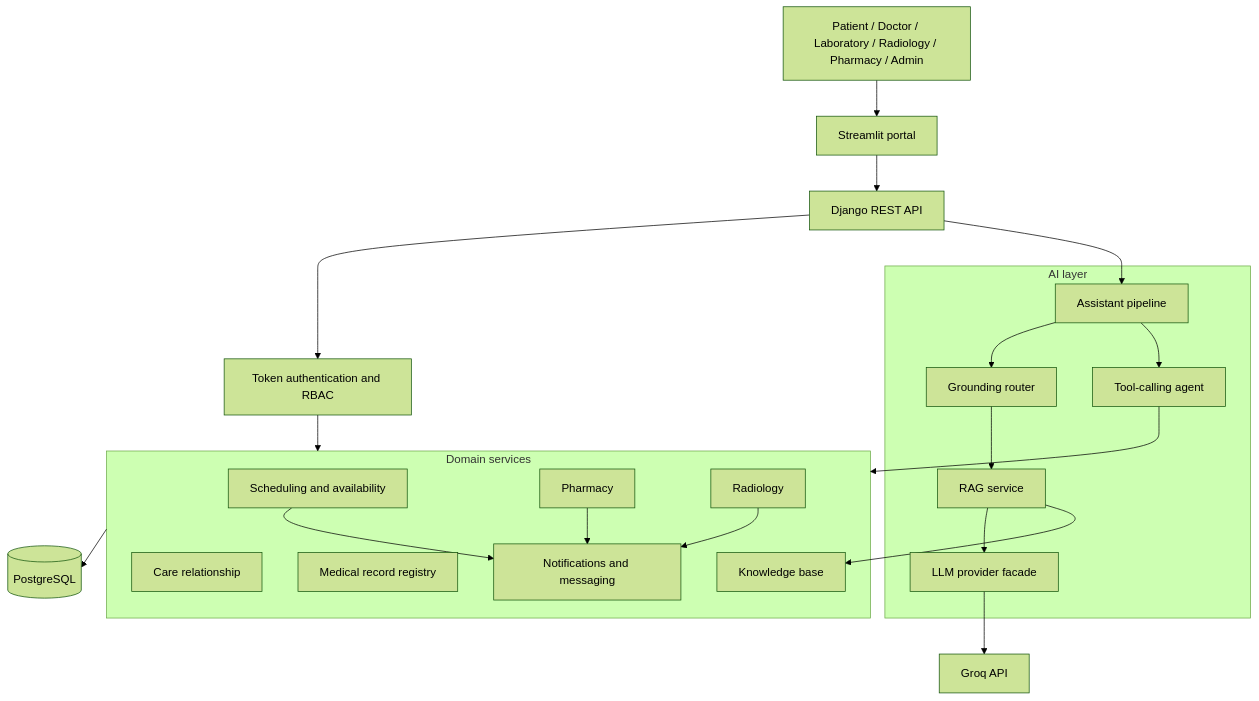
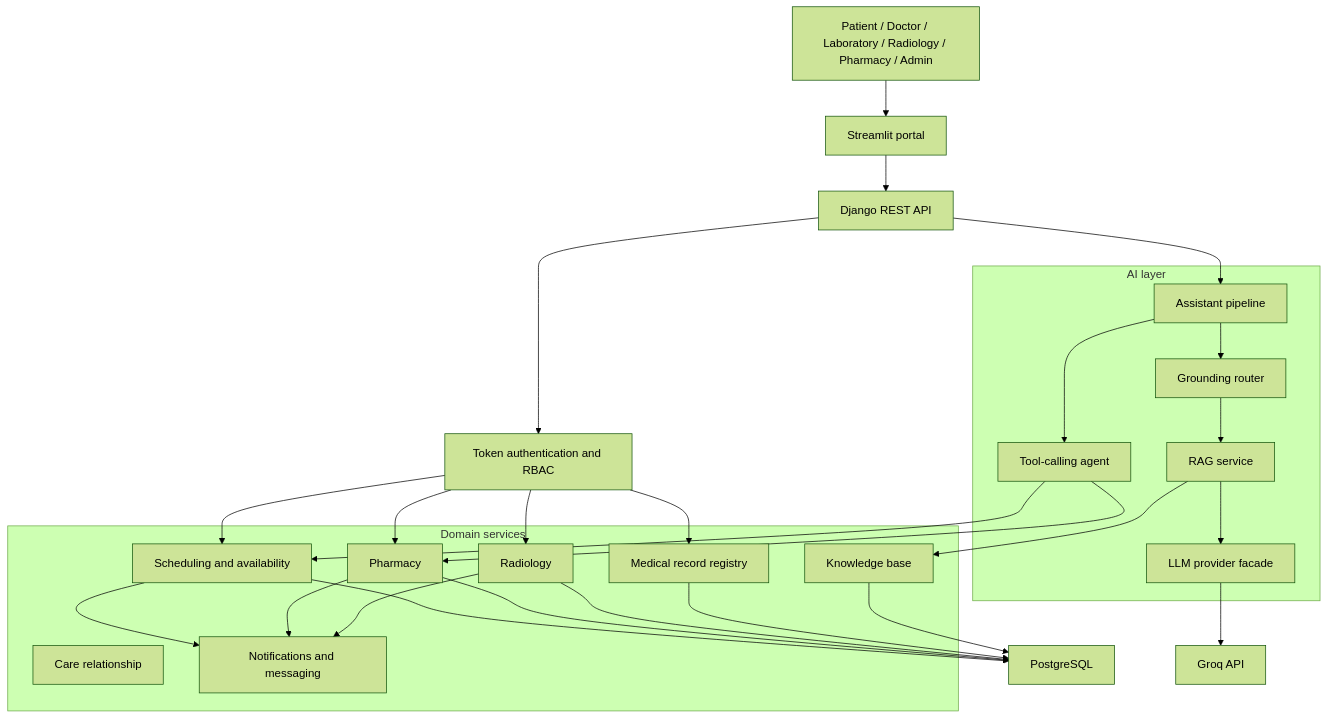
Before and after one commit to Yousef-7ossam/Roshada: the fifth of 21 diagrams in README.md, drawn with Mermaid (forest theme). The commit also changed other lines of this file and 1 other file, not shown here.

````diff
--- a/README.md
+++ b/README.md
@@ -276,38 +276,49 @@
 ```mermaid
 graph TB
     U[Patient / Doctor / Laboratory / Radiology / Pharmacy / Admin]
     UI[Streamlit portal]
     API[Django REST API]
     AUTH[Token authentication and RBAC]
 
     subgraph Services["Domain services"]
         SCH[Scheduling and availability]
         CARE[Care relationship]
         PHARM[Pharmacy]
         RADS[Radiology]
         RECS[Medical record registry]
         COMMS[Notifications and messaging]
         KB[Knowledge base]
     end
 
     subgraph AIL["AI layer"]
         PIPE[Assistant pipeline]
         GRND[Grounding router]
         RAG[RAG service]
         AGENT[Tool-calling agent]
         LLM[LLM provider facade]
     end
 
-    DB[(PostgreSQL)]
+    DB[PostgreSQL]
     GROQ[Groq API]
 
-    U --> UI --> API --> AUTH --> Services --> DB
+    U --> UI --> API --> AUTH
+    AUTH --> SCH
+    AUTH --> PHARM
+    AUTH --> RADS
+    AUTH --> RECS
+    SCH --> DB
+    PHARM --> DB
+    RADS --> DB
+    RECS --> DB
+    KB --> DB
     API --> PIPE
     PIPE --> GRND --> RAG --> LLM
-    PIPE --> AGENT --> Services
+    PIPE --> AGENT
+    AGENT --> SCH
+    AGENT --> PHARM
     RAG --> KB
     LLM --> GROQ
     SCH --> COMMS
     PHARM --> COMMS
     RADS --> COMMS
 ```
````
